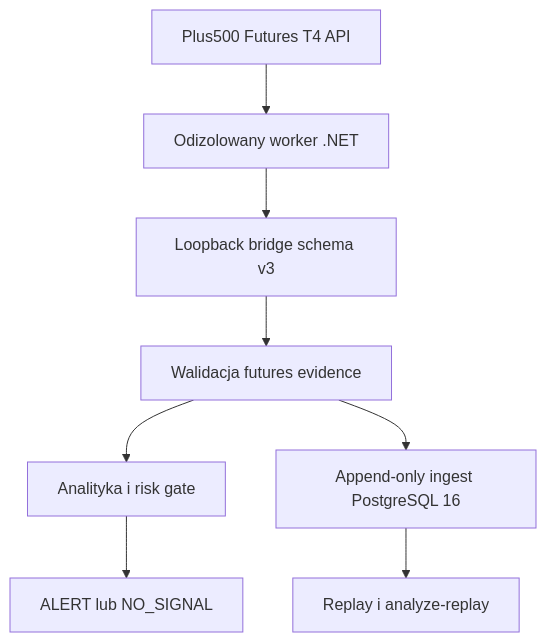
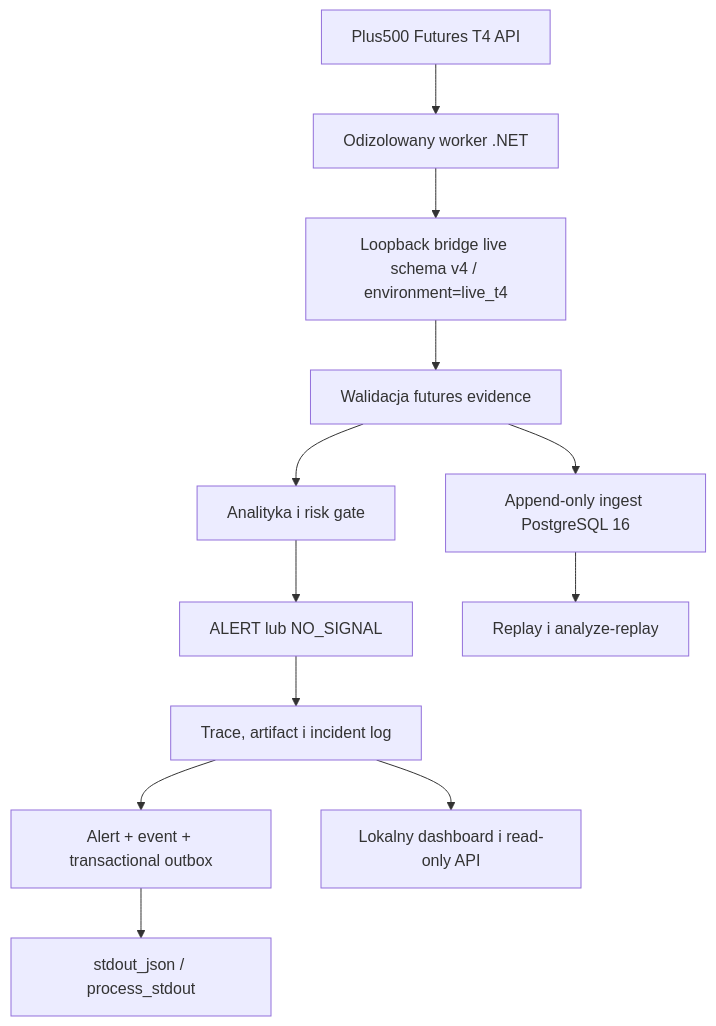
Before and after one commit to PawelZhenchak/Agent_Crypto-: the diagram in docs/ARCHITECTURE.md, drawn with Mermaid. The commit also changed other lines of this file and 44 other files, not shown here.

````diff
--- a/docs/ARCHITECTURE.md
+++ b/docs/ARCHITECTURE.md
@@ -3,10 +3,14 @@
 ```mermaid
 flowchart TD
     A["Plus500 Futures T4 API"] --> B["Odizolowany worker .NET"]
-    B --> C["Loopback bridge schema v3"]
+    B --> C["Loopback bridge live schema v4 / environment=live_t4"]
     C --> D["Walidacja futures evidence"]
     D --> E["Analityka i risk gate"]
     E --> F["ALERT lub NO_SIGNAL"]
     D --> G["Append-only ingest PostgreSQL 16"]
     G --> H["Replay i analyze-replay"]
+    F --> I["Trace, artifact i incident log"]
+    I --> J["Alert + event + transactional outbox"]
+    J --> K["stdout_json / process_stdout"]
+    I --> L["Lokalny dashboard i read-only API"]
 ```
````
